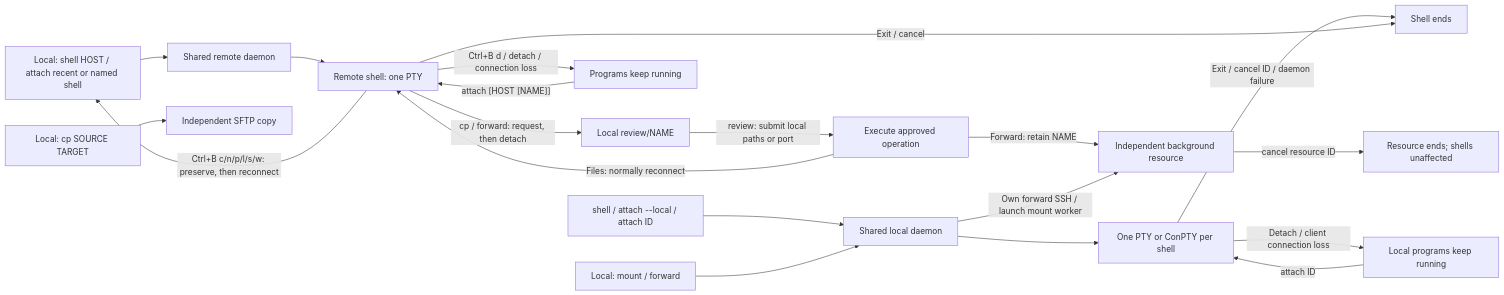
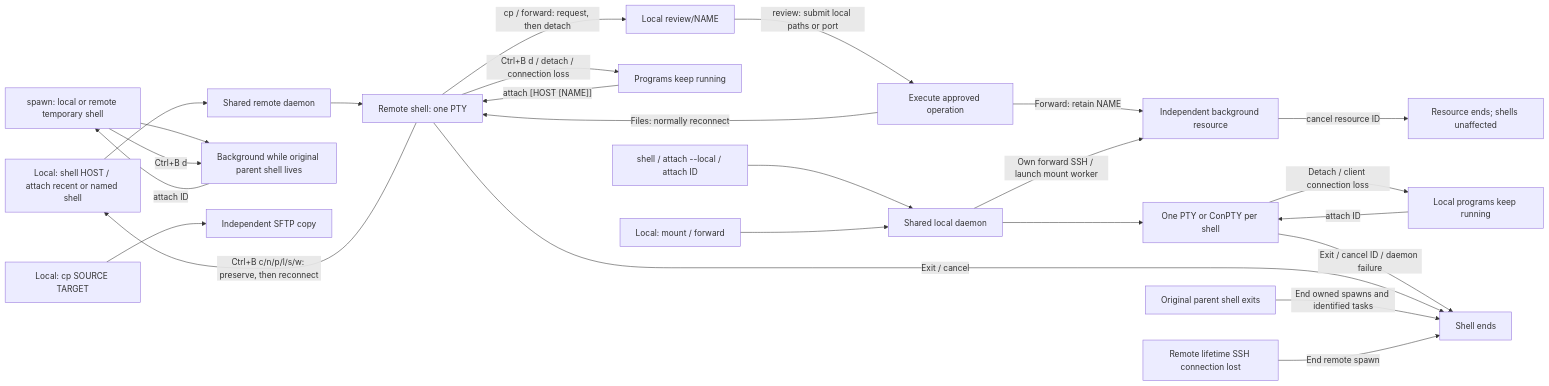
Before and after one commit to jay-waves/sshore: the diagram in README.md, drawn with Mermaid. The commit also changed other lines of this file and 42 other files, not shown here.

Commit message:
Release 0.6.7: parent-bound spawn shells and setup fixes

````diff
--- a/README.md
+++ b/README.md
@@ -112,22 +119,27 @@
 ```mermaid
 flowchart LR
     localnew["shell / attach --local / attach ID"] --> daemon["Shared local daemon"]
     daemon --> localshell["One PTY or ConPTY per shell"]
     localshell -->|"Detach / client connection loss"| localdetached["Local programs keep running"]
     localdetached -->|"attach ID"| localshell
     localshell -->|"Exit / cancel ID / daemon failure"| ended
     connect["Local: shell HOST / attach recent or named shell"] --> remoted["Shared remote daemon"]
     remoted --> shell["Remote shell: one PTY"]
     shell -->|"Ctrl+B c/n/p/l/s/w: preserve, then reconnect"| connect
     shell -->|"Ctrl+B d / detach / connection loss"| detached["Programs keep running"]
     detached -->|"attach [HOST [NAME]]"| shell
     shell -->|"Exit / cancel"| ended["Shell ends"]
     shell -->|"cp / forward: request, then detach"| pending["Local review/NAME"]
     pending -->|"review: submit local paths or port"| approved["Execute approved operation"]
     approved -->|"Files: normally reconnect"| shell
     approved -->|"Forward: retain NAME"| resource["Independent background resource"]
+    spawn["spawn: local or remote temporary shell"] --> temporary["Background while original parent shell lives"]
+    temporary -->|"attach ID"| spawn
+    spawn -->|"Ctrl+B d"| temporary
+    parent["Original parent shell exits"] -->|"End owned spawns and identified tasks"| ended
+    lease["Remote lifetime SSH connection lost"] -->|"End remote spawn"| ended
     local["Local: mount / forward"] --> daemon
     daemon -->|"Own forward SSH / launch mount worker"| resource
     copy["Local: cp SOURCE TARGET"] --> files["Independent SFTP copy"]
     resource -->|"cancel resource ID"| stopped["Resource ends; shells unaffected"]
 ```
````
